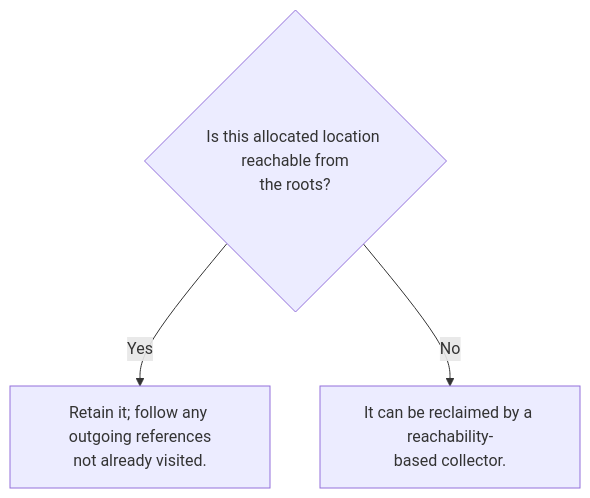
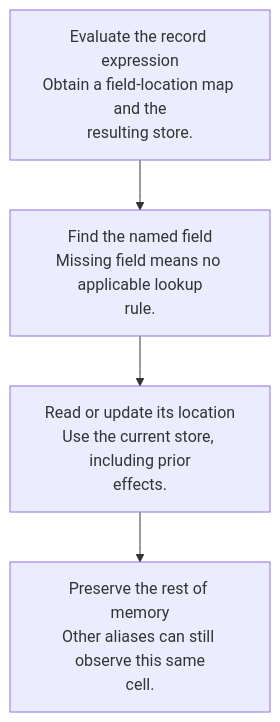
The diagram in dist/assets/diagrams/08-records-2.mmd (S0lluxx26/Programming_language_book_analyze), drawn with Mermaid before and after one commit. The commit also changed 58 other files, not shown here.

Commit message:
Verify Mermaid rendering and definition navigation across the finished book

```diff
--- a/dist/assets/diagrams/08-records-2.mmd
+++ b/dist/assets/diagrams/08-records-2.mmd
@@ -1,6 +1,10 @@
 flowchart TD
-  accTitle: Is this allocated location reachable from the roots?
-  accDescr: Select the branch that matches the current case.
-  Q{"Is this allocated location reachable from<br/>the roots?"}
-  Q -->|"Yes"| N0["Retain it; follow any outgoing references<br/>not already visited."]
-  Q -->|"No"| N1["It can be reclaimed by a reachability-<br/>based collector."]
+  accTitle: A step-by-step reasoning flow
+  accDescr: Each arrow passes the result of one reasoning step to the next.
+  N0["Evaluate the record expression<br/>Obtain a field-location map and the<br/>resulting store."]
+  N1["Find the named field<br/>Missing field means no applicable lookup<br/>rule."]
+  N0 --> N1
+  N2["Read or update its location<br/>Use the current store, including prior<br/>effects."]
+  N1 --> N2
+  N3["Preserve the rest of memory<br/>Other aliases can still observe this same<br/>cell."]
+  N2 --> N3
```
